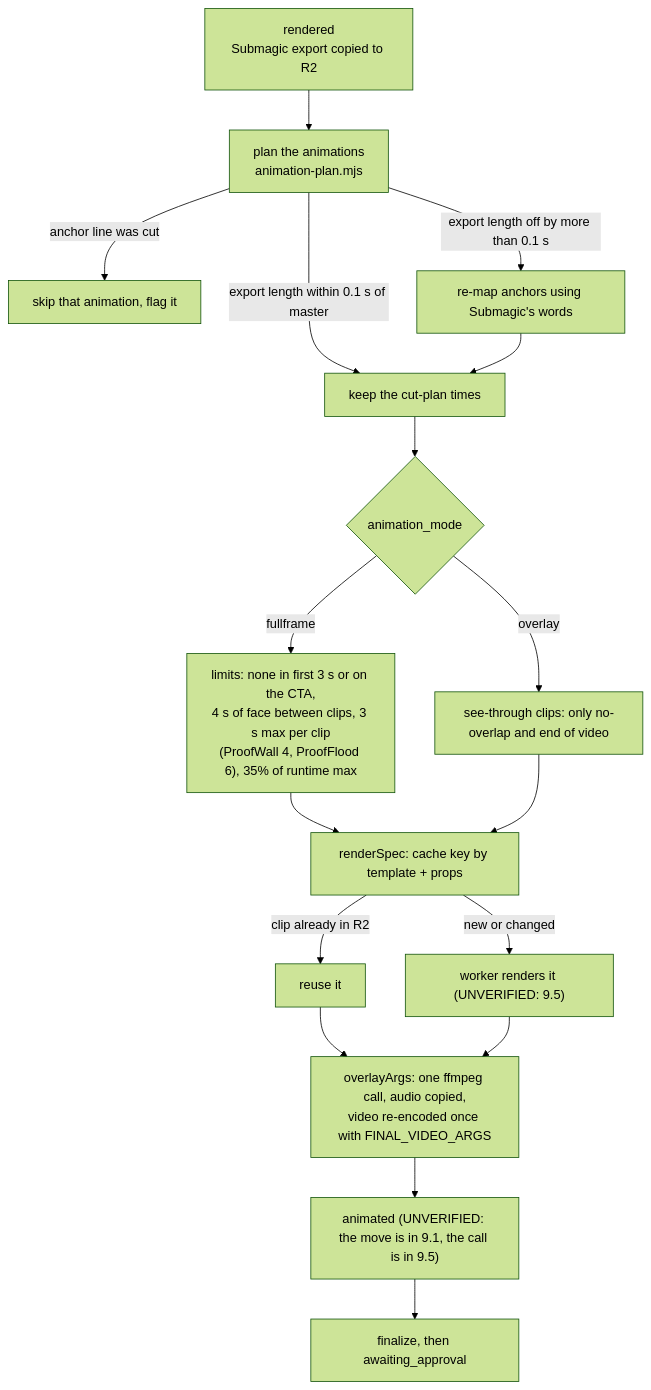
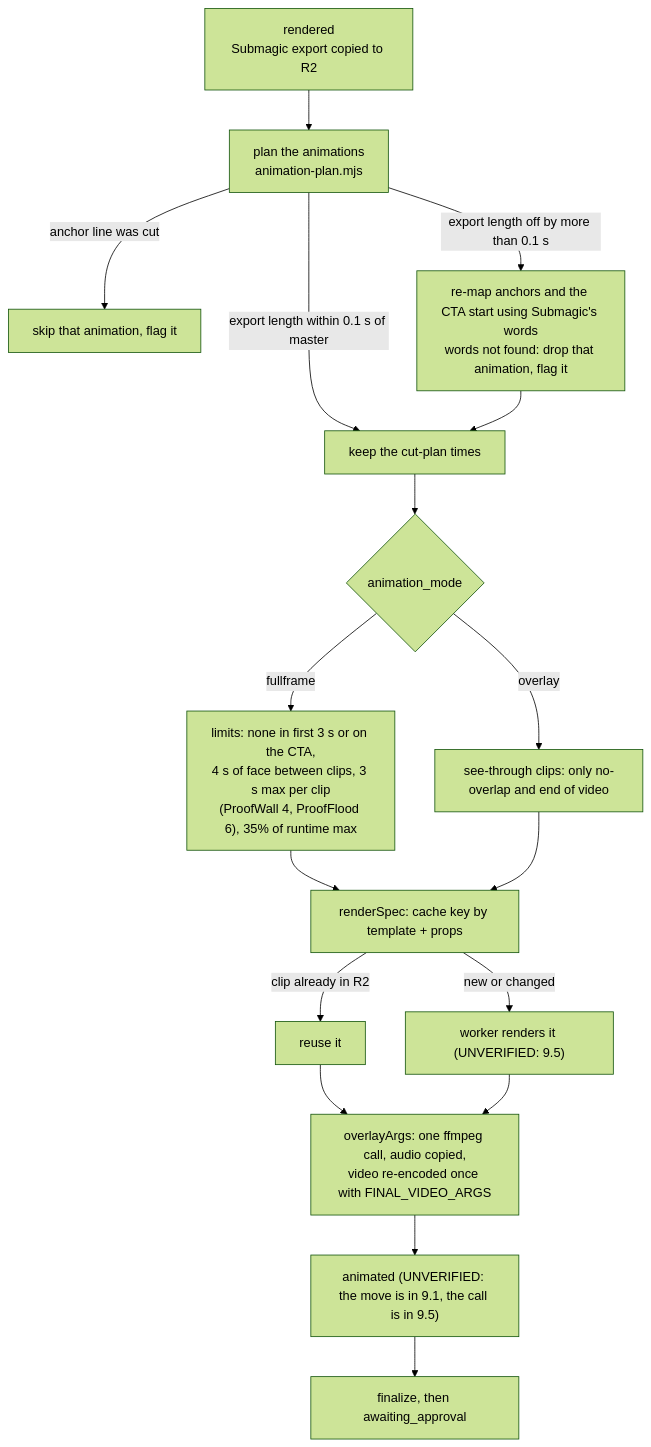
The second of 2 diagrams in docs/journeys/ad-video-flow.md (ZootimusMaximusSupreme/Fundhub_ai), drawn with Mermaid (forest theme) before and after one commit. The commit also changed other lines of this file and 3 other files, not shown here.

First line of the commit message:
9.4 review: drop unmatched on re-map, normalize numbers, re-time the CTA, require mode

````diff
--- a/docs/journeys/ad-video-flow.md
+++ b/docs/journeys/ad-video-flow.md
@@ -297,19 +297,19 @@
 ```mermaid
 flowchart TD
     R["rendered<br/>Submagic export copied to R2"] --> P["plan the animations<br/>animation-plan.mjs"]
     P -->|"anchor line was cut"| S1["skip that animation, flag it"]
     P -->|"export length within 0.1 s of master"| T["keep the cut-plan times"]
-    P -->|"export length off by more than 0.1 s"| M["re-map anchors using Submagic's words"]
+    P -->|"export length off by more than 0.1 s"| M["re-map anchors and the CTA start using Submagic's words<br/>words not found: drop that animation, flag it"]
     M --> T
     T --> L{"animation_mode"}
     L -->|"fullframe"| F["limits: none in first 3 s or on the CTA,<br/>4 s of face between clips, 3 s max per clip<br/>(ProofWall 4, ProofFlood 6), 35% of runtime max"]
     L -->|"overlay"| O["see-through clips: only no-overlap and end of video"]
     F --> K["renderSpec: cache key by template + props"]
     O --> K
     K -->|"clip already in R2"| V["reuse it"]
     K -->|"new or changed"| W["worker renders it (UNVERIFIED: 9.5)"]
     V --> X["overlayArgs: one ffmpeg call, audio copied,<br/>video re-encoded once with FINAL_VIDEO_ARGS"]
     W --> X
     X --> A["animated (UNVERIFIED: the move is in 9.1, the call is in 9.5)"]
     A --> Z["finalize, then awaiting_approval"]
 ```
````
